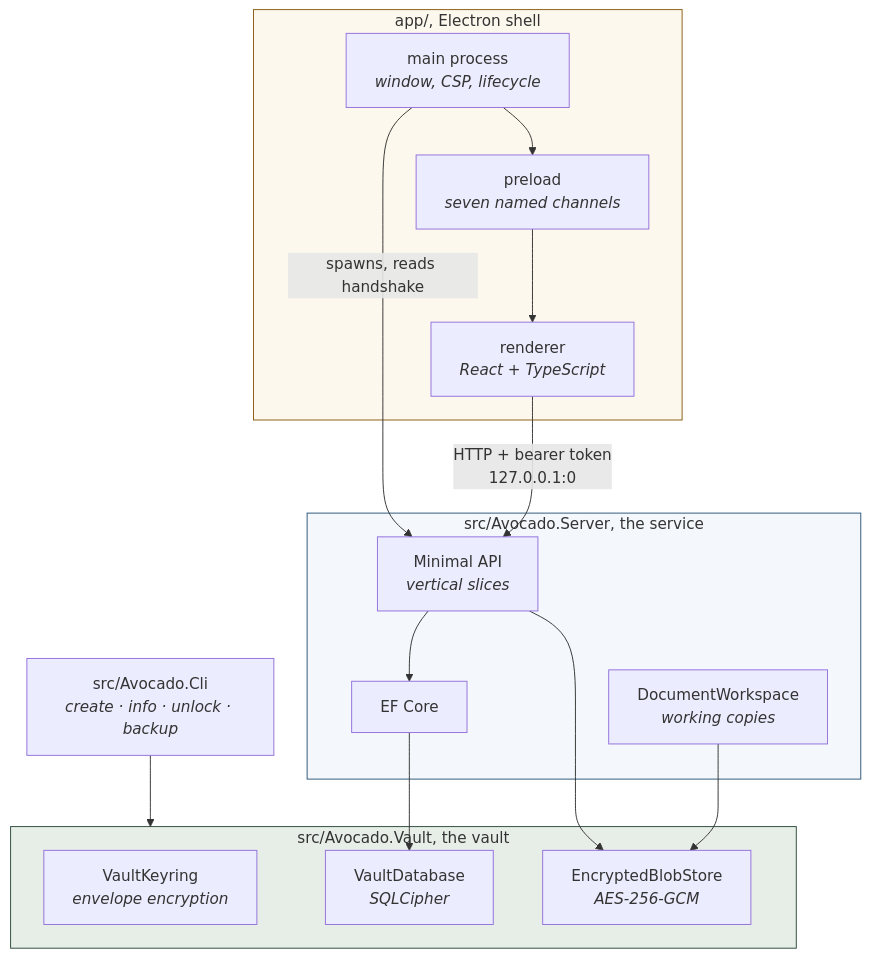
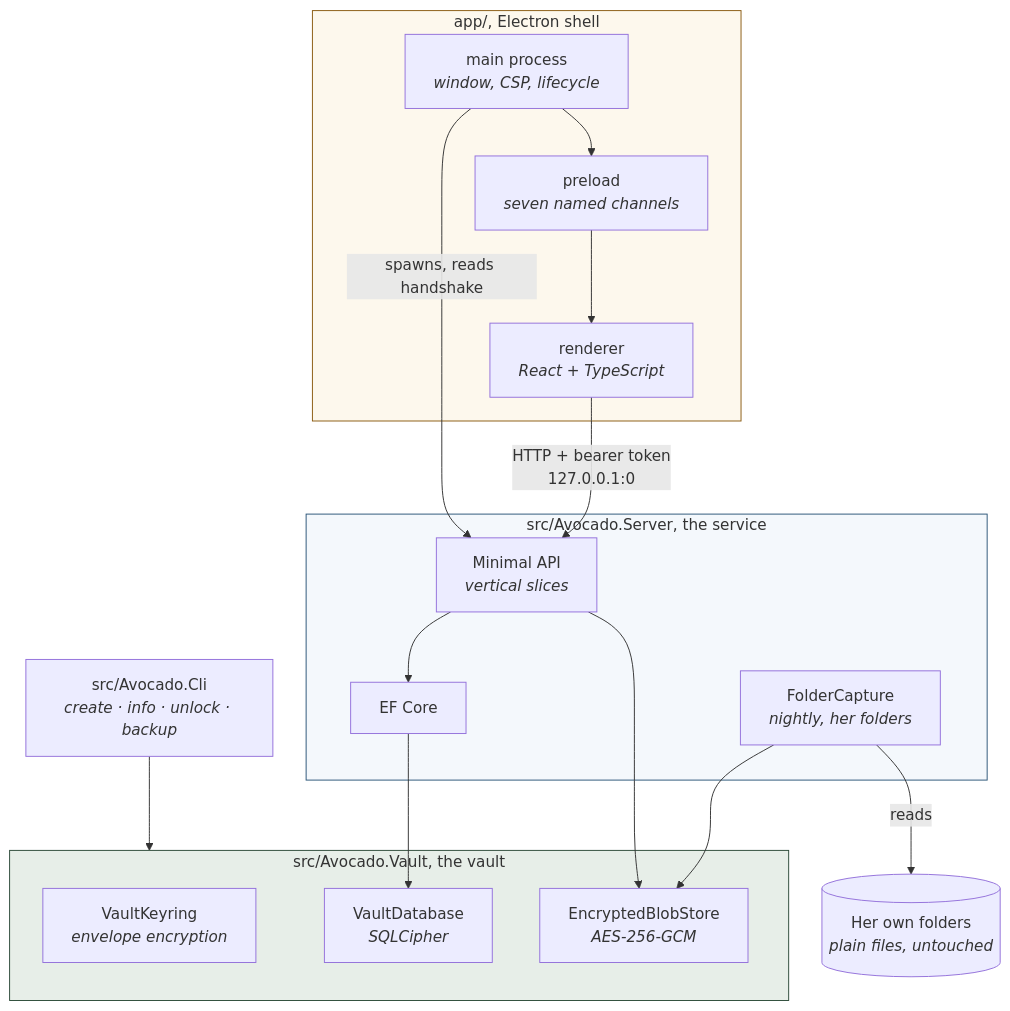
The first of 4 diagrams in docs/ARCHITECTURE.md (Vincent-Bdn/Avocado), drawn with Mermaid before and after one commit. The commit also changed other lines of this file and 10 other files, not shown here.

````diff
--- a/docs/ARCHITECTURE.md
+++ b/docs/ARCHITECTURE.md
@@ -14,34 +14,35 @@
 ```mermaid
 flowchart TB
     subgraph shell["app/, Electron shell"]
         main["main process<br/><i>window, CSP, lifecycle</i>"]
         preload["preload<br/><i>seven named channels</i>"]
         renderer["renderer<br/><i>React + TypeScript</i>"]
     end
 
     subgraph service["src/Avocado.Server, the service"]
         api["Minimal API<br/><i>vertical slices</i>"]
         ef["EF Core"]
-        workspace["DocumentWorkspace<br/><i>working copies</i>"]
+        capture["FolderCapture<br/><i>nightly, her folders</i>"]
     end
 
     subgraph vault["src/Avocado.Vault, the vault"]
         keyring["VaultKeyring<br/><i>envelope encryption</i>"]
         db["VaultDatabase<br/><i>SQLCipher</i>"]
         blobs["EncryptedBlobStore<br/><i>AES-256-GCM</i>"]
     end
 
     cli["src/Avocado.Cli<br/><i>create · info · unlock · backup</i>"]
 
     main -->|spawns, reads handshake| api
     main --> preload --> renderer
     renderer -->|"HTTP + bearer token<br/>127.0.0.1:0"| api
     api --> ef --> db
     api --> blobs
-    workspace --> blobs
+    capture -->|reads| folders[("Her own folders<br/><i>plain files, untouched</i>")]
+    capture --> blobs
     cli --> vault
 
     style vault fill:#E7EEE8,stroke:#2C4A38
     style service fill:#F4F8FC,stroke:#2B5578
     style shell fill:#FDF8ED,stroke:#8A5A10
 ```
````
